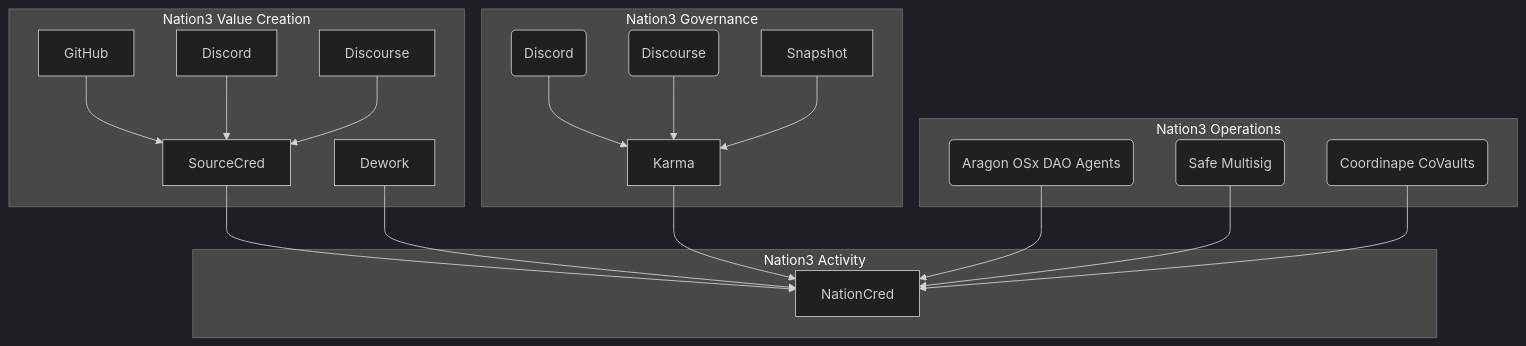
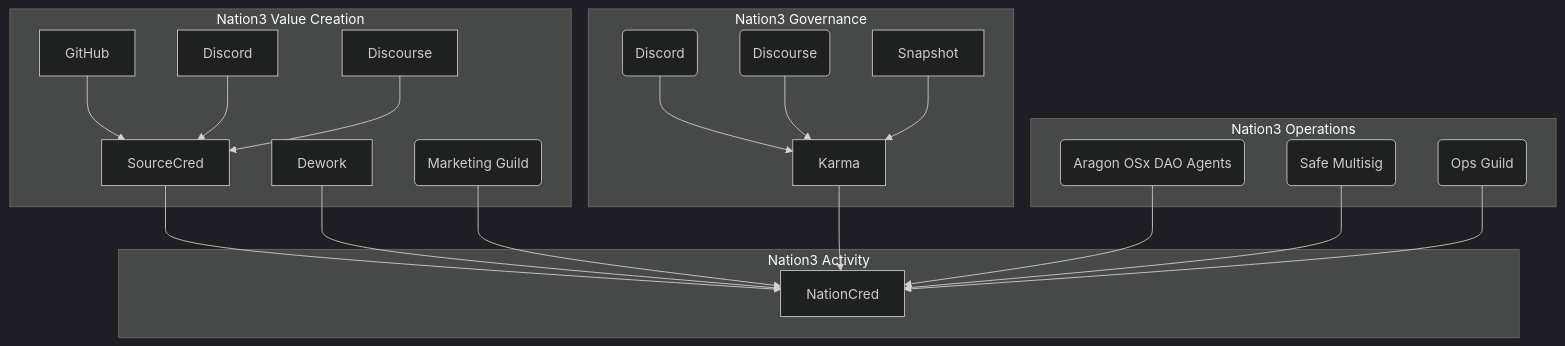
Before and after one commit to nation3/nationcred-datasets: the diagram in README.md, drawn with Mermaid (dark theme). The commit also changed other lines of this file, not shown here.

````diff
--- a/README.md
+++ b/README.md
@@ -9,31 +9,33 @@
 ```mermaid
 graph TD
     subgraph Nation3 Value Creation
         GitHub-->SourceCred
         Discord-->SourceCred
         Discourse-->SourceCred
         Dework
+        Marketing_Guild(Marketing Guild)
     end
     SourceCred-->NationCred
     Dework-->NationCred
+    Marketing_Guild-->NationCred
     
     subgraph Nation3 Governance
         Discord_Karma(Discord)-->Karma
         Discourse_Karma(Discourse)-->Karma
         Snapshot-->Karma
     end
     Karma-->NationCred
     
     subgraph Nation3 Operations
         Aragon(Aragon OSx DAO Agents)
         Safe(Safe Multisig)
-        Coordinape(Coordinape CoVaults)
+        Ops_Guild(Ops Guild)
     end
     Aragon-->NationCred
     Safe-->NationCred
-    Coordinape-->NationCred
+    Ops_Guild-->NationCred
     
     subgraph Nation3 Activity
         NationCred
     end
 ```
````
